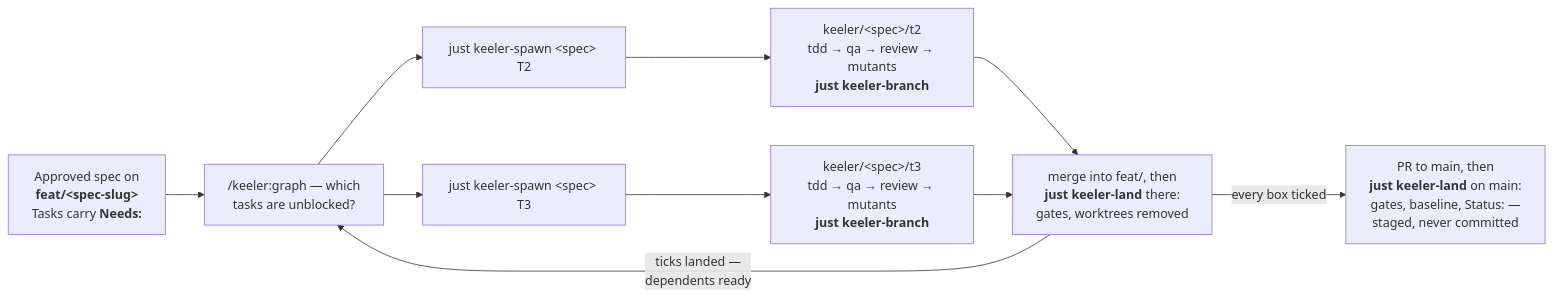
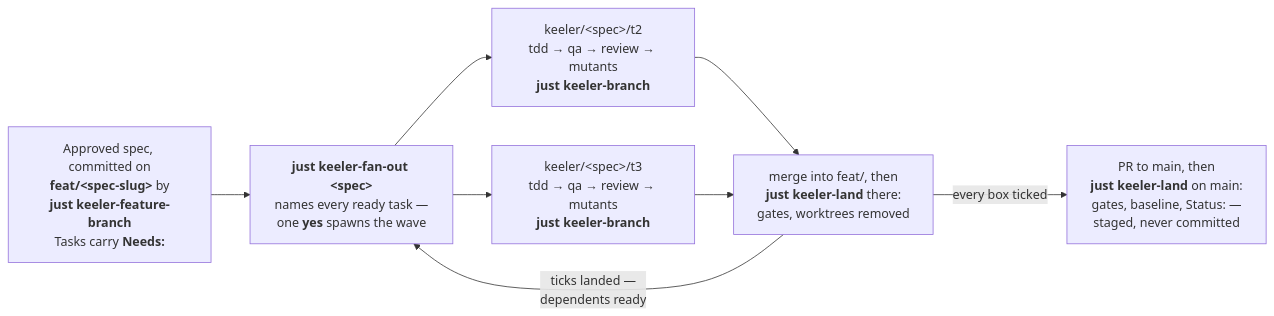
One commit to minikin/keeler changed the third of 3 diagrams in KEELER.md. Above: the diagram before and after it, drawn with Mermaid. The commit also changed other lines of this file and 15 other files, not shown here.

First line of the commit message:
feat(spec-07): fan-out — one answer, one wave (#34)

````diff
--- a/KEELER.md
+++ b/KEELER.md
@@ -100,10 +100,10 @@
 ```mermaid
 flowchart LR
-    S[Approved spec on<br/><b>feat/&lt;spec-slug&gt;</b><br/>Tasks carry <b>Needs:</b>] --> G["/keeler:graph — which<br/>tasks are unblocked?"]
-    G --> SP1["just keeler-spawn &lt;spec&gt; T2"] --> B1["keeler/&lt;spec&gt;/t2<br/>tdd → qa → review → mutants<br/><b>just keeler-branch</b>"]
-    G --> SP2["just keeler-spawn &lt;spec&gt; T3"] --> B2["keeler/&lt;spec&gt;/t3<br/>tdd → qa → review → mutants<br/><b>just keeler-branch</b>"]
+    S["Approved spec, committed on<br/><b>feat/&lt;spec-slug&gt;</b> by<br/><b>just keeler-feature-branch</b><br/>Tasks carry <b>Needs:</b>"] --> G["<b>just keeler-fan-out &lt;spec&gt;</b><br/>names every ready task —<br/>one <b>yes</b> spawns the wave"]
+    G --> B1["keeler/&lt;spec&gt;/t2<br/>tdd → qa → review → mutants<br/><b>just keeler-branch</b>"]
+    G --> B2["keeler/&lt;spec&gt;/t3<br/>tdd → qa → review → mutants<br/><b>just keeler-branch</b>"]
     B1 --> LF["merge into feat/, then<br/><b>just keeler-land</b> there:<br/>gates, worktrees removed"]
     B2 --> LF
     LF -- "ticks landed —<br/>dependents ready" --> G
     LF -- "every box ticked" --> LM["PR to main, then<br/><b>just keeler-land</b> on main:<br/>gates, baseline, Status: —<br/>staged, never committed"]
 ```
````
